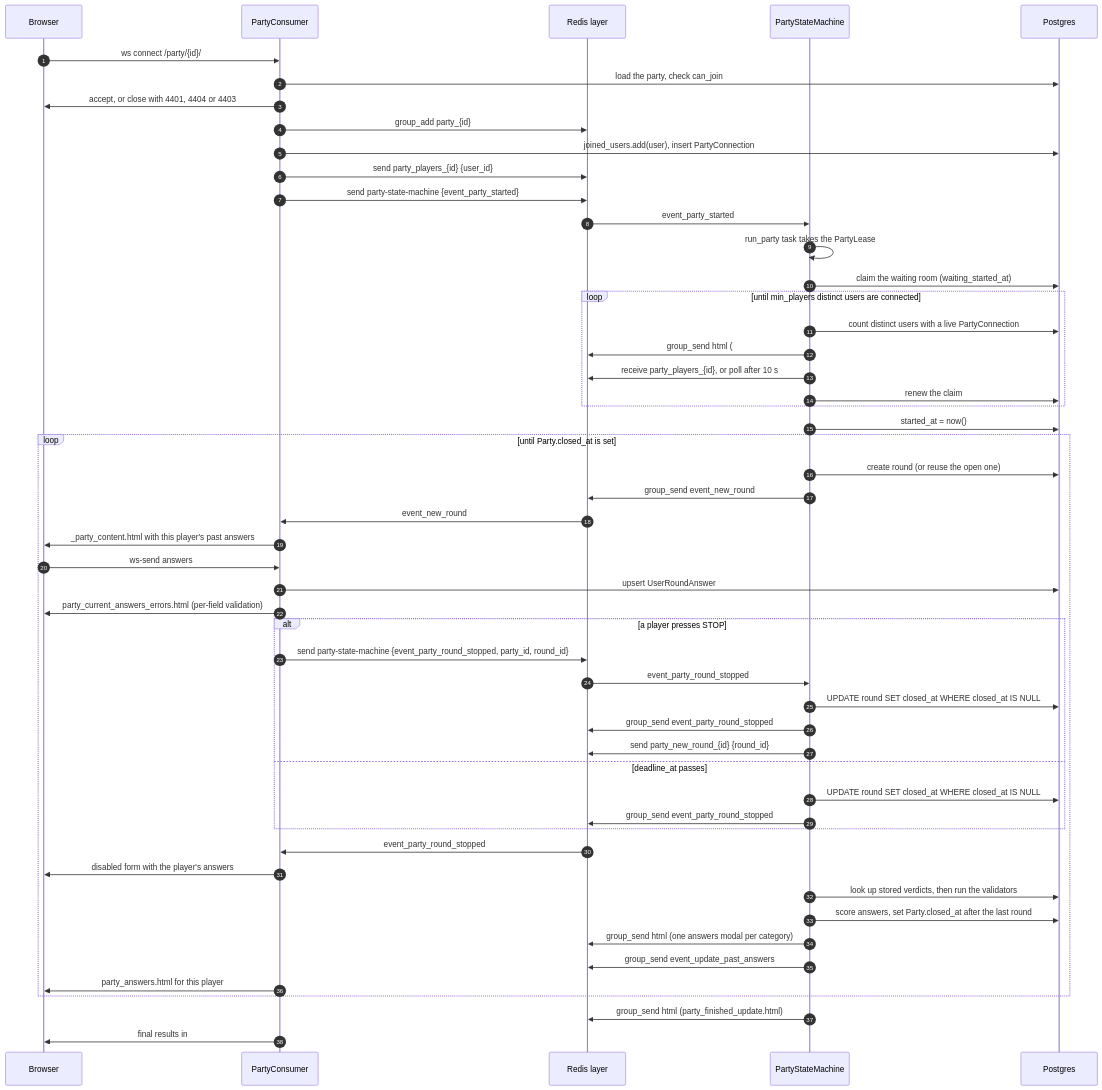
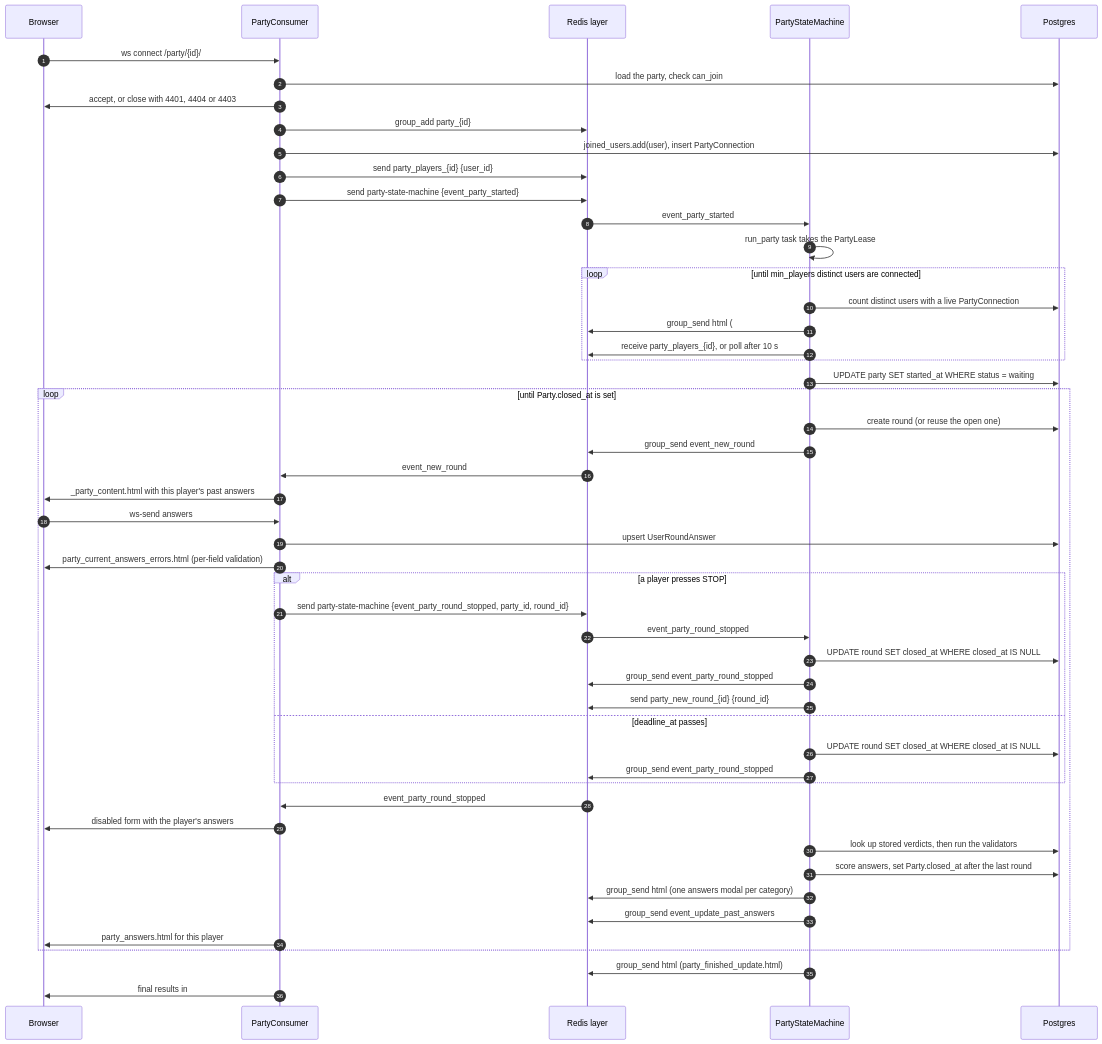
The second of 5 diagrams in docs/architecture.md (DanielGnzlzVll/AACX), drawn with Mermaid before and after one commit. The commit also changed other lines of this file and 9 other files, not shown here.

````diff
--- a/docs/architecture.md
+++ b/docs/architecture.md
@@ -156,55 +156,53 @@
 ```mermaid
 sequenceDiagram
     autonumber
     participant B as Browser
     participant C as PartyConsumer
     participant R as Redis layer
     participant SM as PartyStateMachine
     participant DB as Postgres
 
     B->>C: ws connect /party/{id}/
     C->>DB: load the party, check can_join
     C->>B: accept, or close with 4401, 4404 or 4403
     C->>R: group_add party_{id}
     C->>DB: joined_users.add(user), insert PartyConnection
     C->>R: send party_players_{id} {user_id}
     C->>R: send party-state-machine {event_party_started}
     R->>SM: event_party_started
     SM->>SM: run_party task takes the PartyLease
-    SM->>DB: claim the waiting room (waiting_started_at)
     loop until min_players distinct users are connected
         SM->>DB: count distinct users with a live PartyConnection
         SM->>R: group_send html (#party_content)
         SM->>R: receive party_players_{id}, or poll after 10 s
-        SM->>DB: renew the claim
     end
-    SM->>DB: started_at = now()
+    SM->>DB: UPDATE party SET started_at WHERE status = waiting
     loop until Party.closed_at is set
         SM->>DB: create round (or reuse the open one)
         SM->>R: group_send event_new_round
         R->>C: event_new_round
         C->>B: _party_content.html with this player's past answers
         B->>C: ws-send answers
         C->>DB: upsert UserRoundAnswer
         C->>B: party_current_answers_errors.html (per-field validation)
         alt a player presses STOP
             C->>R: send party-state-machine {event_party_round_stopped, party_id, round_id}
             R->>SM: event_party_round_stopped
             SM->>DB: UPDATE round SET closed_at WHERE closed_at IS NULL
             SM->>R: group_send event_party_round_stopped
             SM->>R: send party_new_round_{id} {round_id}
         else deadline_at passes
             SM->>DB: UPDATE round SET closed_at WHERE closed_at IS NULL
             SM->>R: group_send event_party_round_stopped
         end
         R->>C: event_party_round_stopped
         C->>B: disabled form with the player's answers
         SM->>DB: look up stored verdicts, then run the validators
         SM->>DB: score answers, set Party.closed_at after the last round
         SM->>R: group_send html (one answers modal per category)
         SM->>R: group_send event_update_past_answers
         C->>B: party_answers.html for this player
     end
     SM->>R: group_send html (party_finished_update.html)
     C->>B: final results in #party_current_answers and #party_reports
 ```
````
